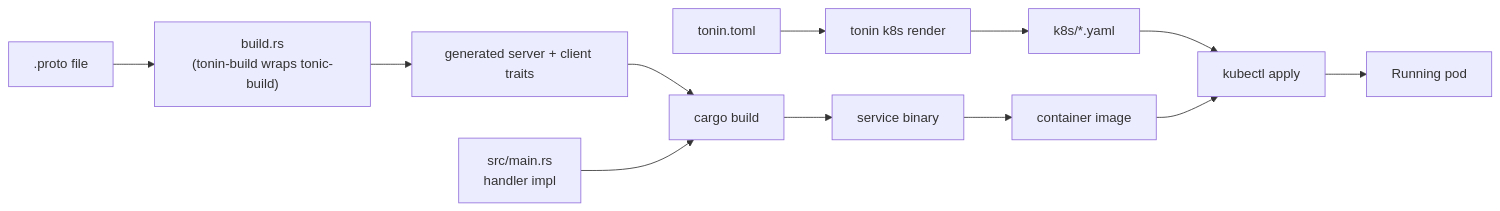
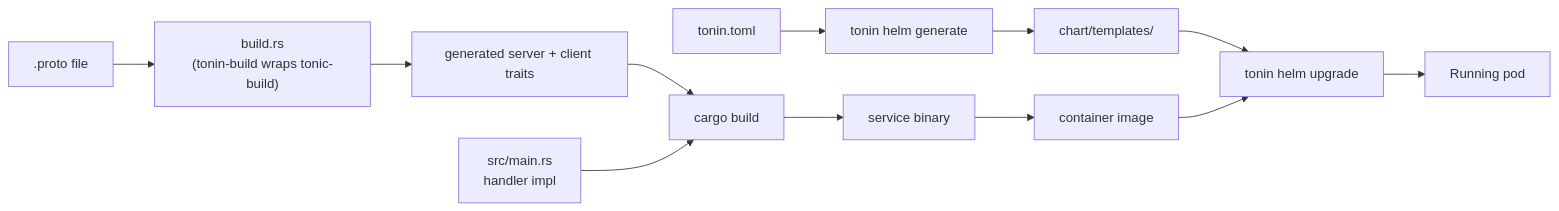
The fourth of 4 diagrams in docs/02-architecture.md (Rushit/tonin), drawn with Mermaid before and after one commit. The commit also changed other lines of this file and 8 other files, not shown here.

First line of the commit message:
docs: update deployment guides and API docs for Helm migration and tonin-proxy sidecar

````diff
--- a/docs/02-architecture.md
+++ b/docs/02-architecture.md
@@ -135,19 +135,19 @@
 ```mermaid
 flowchart LR
   proto[".proto file"]
   toml["tonin.toml"]
   impl["src/main.rs<br/>handler impl"]
 
   proto --> build_rs["build.rs<br/>(tonin-build wraps tonic-build)"]
   build_rs --> generated["generated server + client traits"]
   generated --> cargo["cargo build"]
   impl --> cargo
   cargo --> binary["service binary"]
 
-  toml --> cli["tonin k8s render"]
-  cli --> yaml["k8s/*.yaml"]
+  toml --> cli["tonin helm generate"]
+  cli --> yaml["chart/templates/"]
   binary --> image["container image"]
-  yaml --> apply["kubectl apply"]
+  yaml --> apply["tonin helm upgrade"]
   image --> apply
   apply --> pod[Running pod]
 ```
````
